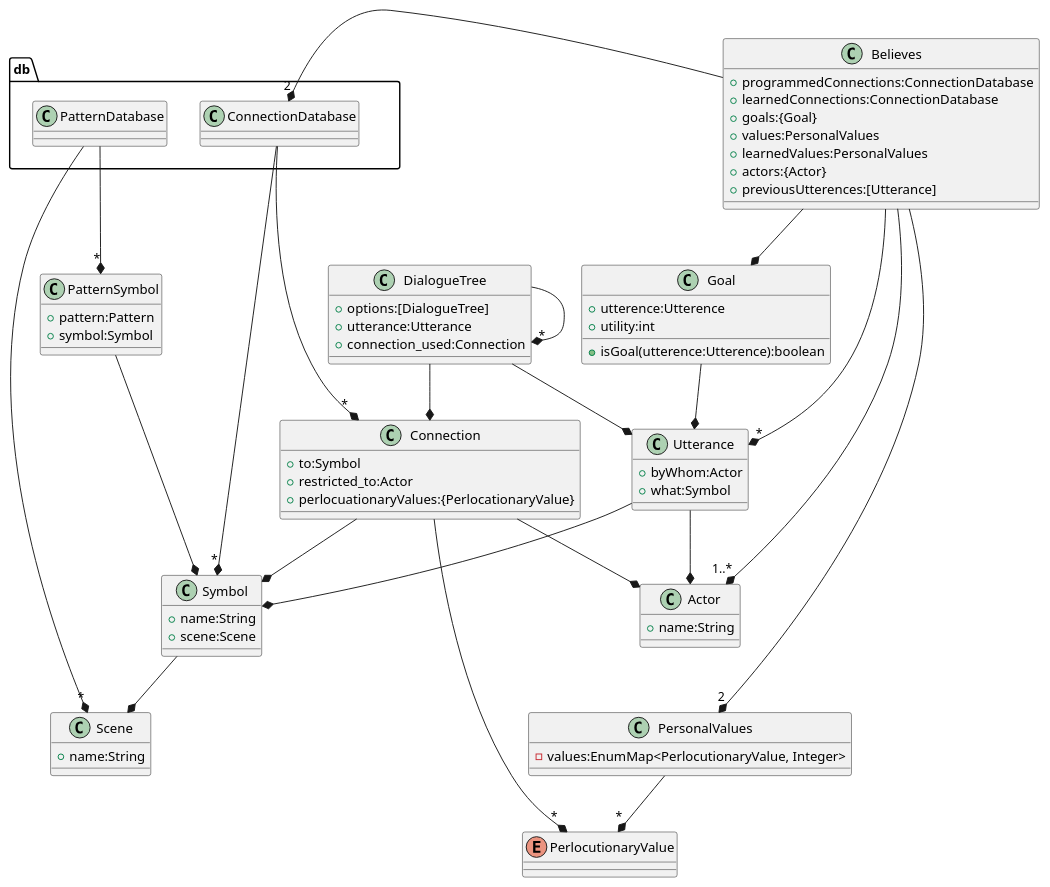
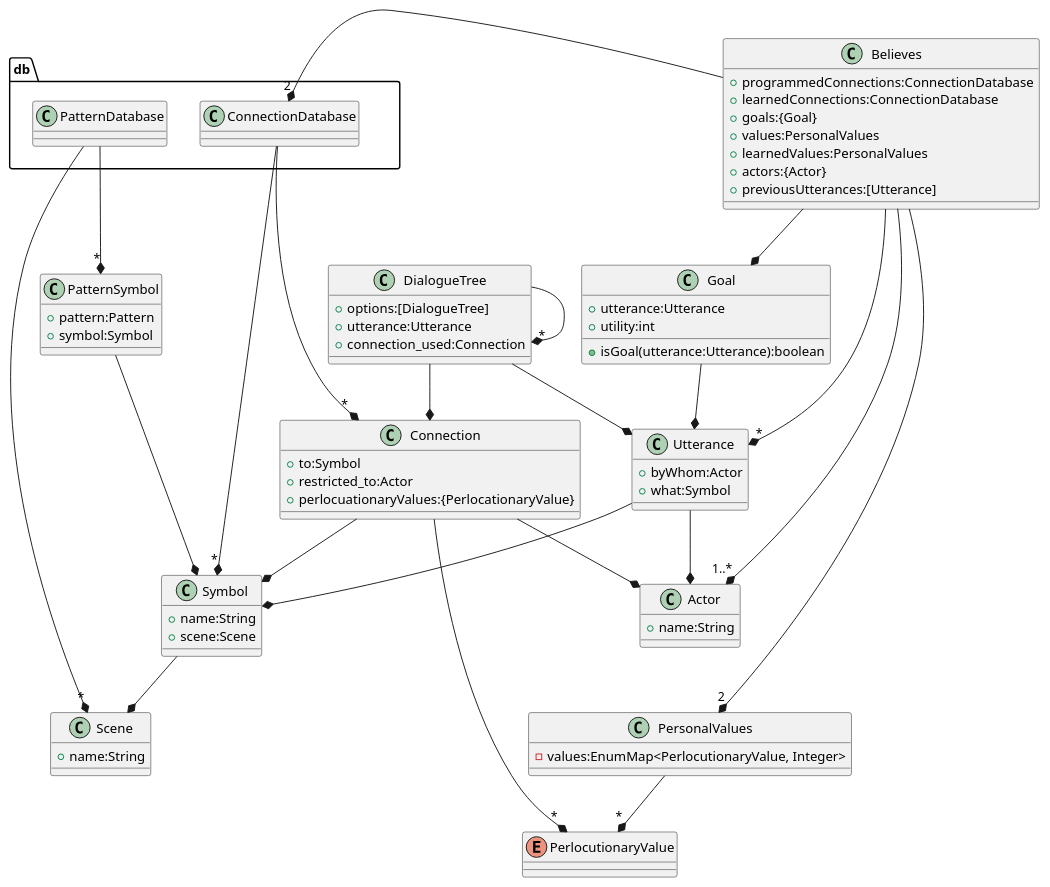
The tenth of 14 diagrams in thesis/thesis.org (jappeace/methods-homework), drawn with PlantUML before and after one commit. The commit also changed other lines of this file, not shown here.

Commit message:
Added some more text to the architecture

```diff
--- a/thesis/thesis.org
+++ b/thesis/thesis.org
@@ -2580,75 +2580,75 @@
 #+BEGIN_SRC plantuml :cache yes :file img/uml/jungclass.png :exports results
   enum PerlocutionaryValue
   package db{
     class ConnectionDatabase
     class PatternDatabase 
   }
   PatternDatabase --* "*" PatternSymbol
   PatternDatabase --* "*" Scene
   ConnectionDatabase --* "*" Symbol
   ConnectionDatabase --* "*" Connection
   class Actor {
     +name:String
   }
   class Believes{
     +programmedConnections:ConnectionDatabase
     +learnedConnections:ConnectionDatabase
     +goals:{Goal}
     +values:PersonalValues
     +learnedValues:PersonalValues
     +actors:{Actor}
-    +previousUtterences:[Utterance]
+    +previousUtterances:[Utterance]
   }
   Believes -* "2" ConnectionDatabase
   Believes --* Goal
   Believes --* "2" PersonalValues
   Believes --* "1..*" Actor
   Believes --* "*" Utterance
   class Connection {
     +to:Symbol
     +restricted_to:Actor
     +perlocuationaryValues:{PerlocationaryValue}
   }
   Connection --* Symbol
   Connection --* Actor
   Connection --* "*" PerlocutionaryValue
   class DialogueTree{
     +options:[DialogueTree]
     +utterance:Utterance
     +connection_used:Connection
   }
   DialogueTree --* "*" DialogueTree
   DialogueTree --* Utterance
   DialogueTree --* Connection
   class Goal{
-    +utterence:Utterence
+    +utterance:Utterance
     +utility:int
-    +isGoal(utterence:Utterence):boolean
+    +isGoal(utterance:Utterance):boolean
   }
   Goal --* Utterance
   class PatternSymbol{
      +pattern:Pattern
      +symbol:Symbol
   }
   PatternSymbol --* Symbol
   class PersonalValues{
      -values:EnumMap<PerlocutionaryValue, Integer>
   }
   PersonalValues --* "*" PerlocutionaryValue
   class Scene {
     +name:String
   }
   class Symbol {
     +name:String
     +scene:Scene
   }
   Symbol --* Scene
   class Utterance{
     +byWhom:Actor
     +what:Symbol
   }
   Utterance --* Actor
   Utterance --* Symbol
   Actor -[hidden]-> PersonalValues
   db -[hidden]-> DialogueTree
 #+END_SRC
```
